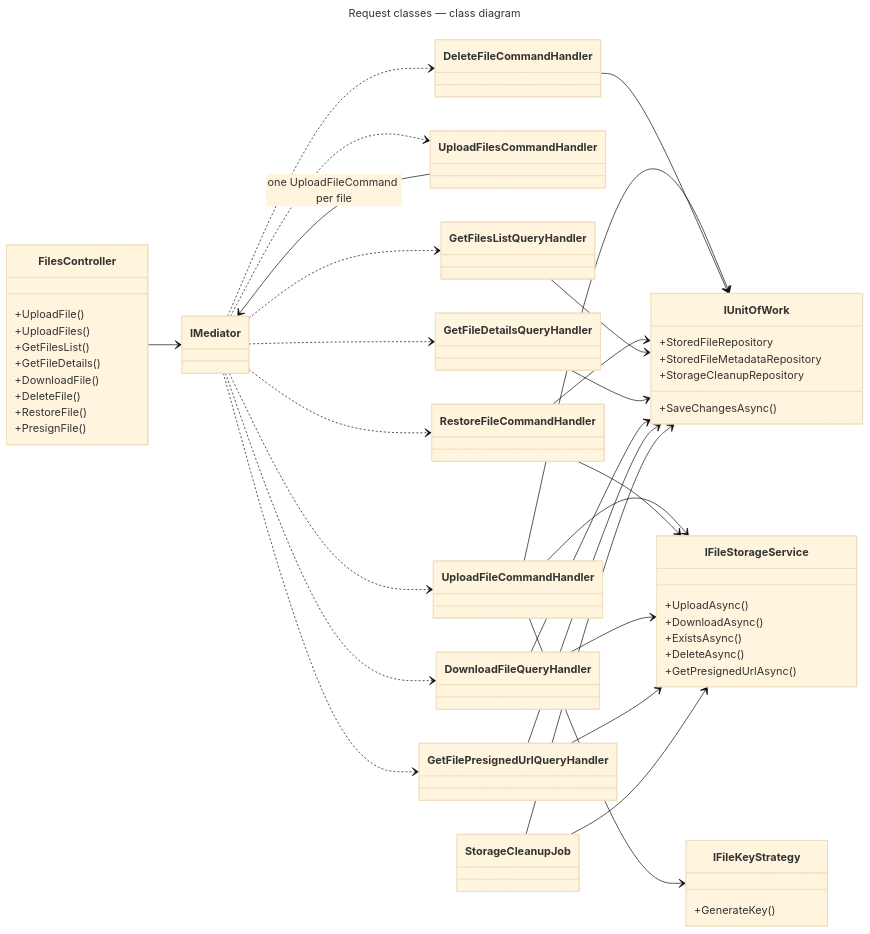
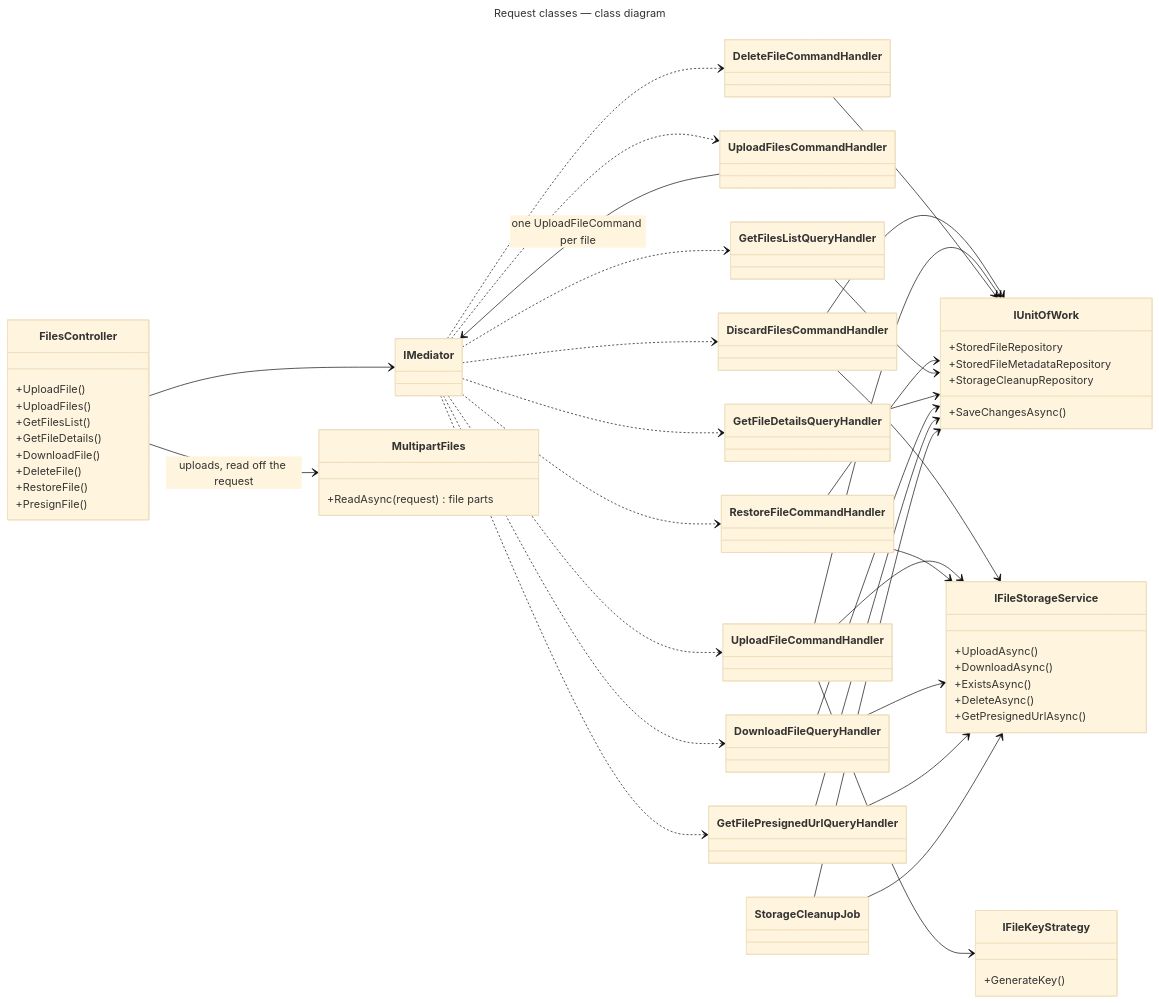
One commit to gmetskhvarishvili/GM.FileStorage.Samples changed the fifth of 6 diagrams in docs/dependencies.md. Above: the diagram before and after it, drawn with Mermaid (base theme). The commit also changed other lines of this file and 15 other files, not shown here.

First line of the commit message:
feat: stream uploads straight into storage

````diff
--- a/docs/dependencies.md
+++ b/docs/dependencies.md
@@ -174,71 +174,79 @@
 ```mermaid
 ---
 title: Request classes — class diagram
 ---
 classDiagram
     direction LR
 
     class FilesController {
         +UploadFile()
         +UploadFiles()
         +GetFilesList()
         +GetFileDetails()
         +DownloadFile()
         +DeleteFile()
         +RestoreFile()
         +PresignFile()
     }
     class IMediator
     class UploadFileCommandHandler
     class UploadFilesCommandHandler
+    class DiscardFilesCommandHandler
+    class MultipartFiles {
+        +ReadAsync(request) file parts
+    }
     class DeleteFileCommandHandler
     class RestoreFileCommandHandler
     class GetFilesListQueryHandler
     class GetFileDetailsQueryHandler
     class DownloadFileQueryHandler
     class GetFilePresignedUrlQueryHandler
 
     class IUnitOfWork {
         +StoredFileRepository
         +StoredFileMetadataRepository
         +StorageCleanupRepository
         +SaveChangesAsync()
     }
     class IFileStorageService {
         +UploadAsync()
         +DownloadAsync()
         +ExistsAsync()
         +DeleteAsync()
         +GetPresignedUrlAsync()
     }
     class IFileKeyStrategy {
         +GenerateKey()
     }
     class StorageCleanupJob
 
     FilesController --> IMediator
+    FilesController --> MultipartFiles : uploads, read off the request
     IMediator ..> UploadFileCommandHandler
     IMediator ..> UploadFilesCommandHandler
+    IMediator ..> DiscardFilesCommandHandler
     UploadFilesCommandHandler --> IMediator : one UploadFileCommand per file
+    DiscardFilesCommandHandler --> IUnitOfWork
+    DiscardFilesCommandHandler --> IFileStorageService
     IMediator ..> DeleteFileCommandHandler
     IMediator ..> RestoreFileCommandHandler
     IMediator ..> GetFilesListQueryHandler
     IMediator ..> GetFileDetailsQueryHandler
     IMediator ..> DownloadFileQueryHandler
     IMediator ..> GetFilePresignedUrlQueryHandler
 
     UploadFileCommandHandler --> IUnitOfWork
     UploadFileCommandHandler --> IFileStorageService
     UploadFileCommandHandler --> IFileKeyStrategy
     DeleteFileCommandHandler --> IUnitOfWork
     RestoreFileCommandHandler --> IUnitOfWork
     RestoreFileCommandHandler --> IFileStorageService
     GetFilesListQueryHandler --> IUnitOfWork
     GetFileDetailsQueryHandler --> IUnitOfWork
     DownloadFileQueryHandler --> IUnitOfWork
     DownloadFileQueryHandler --> IFileStorageService
     GetFilePresignedUrlQueryHandler --> IUnitOfWork
     GetFilePresignedUrlQueryHandler --> IFileStorageService
     StorageCleanupJob --> IUnitOfWork
     StorageCleanupJob --> IFileStorageService
 ```
````
